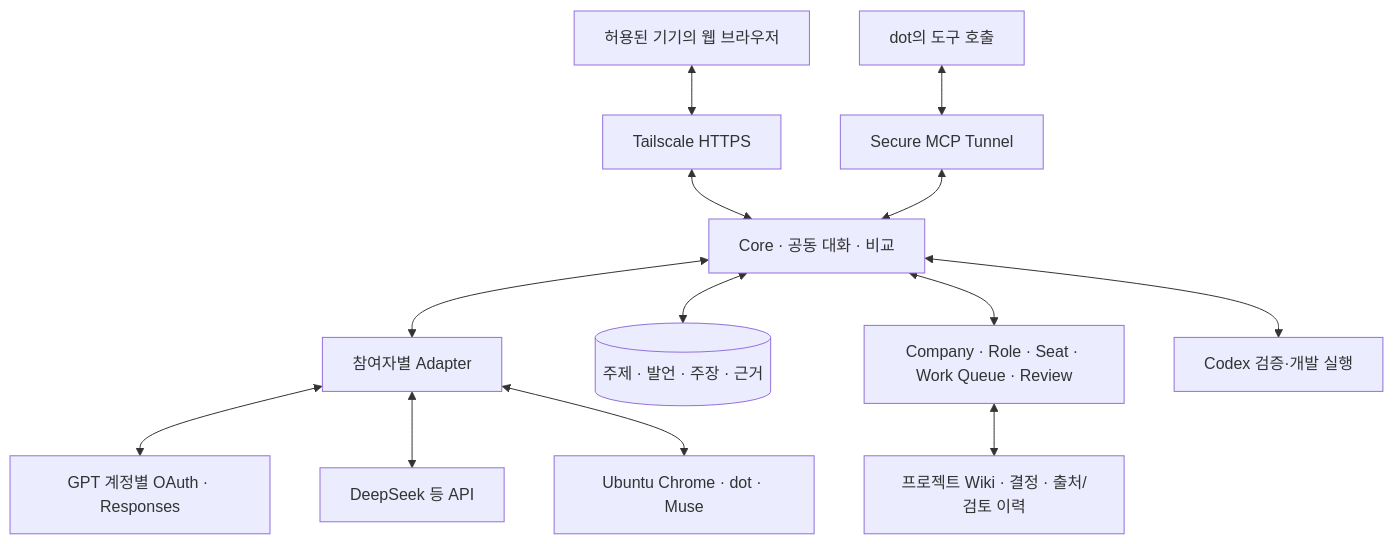
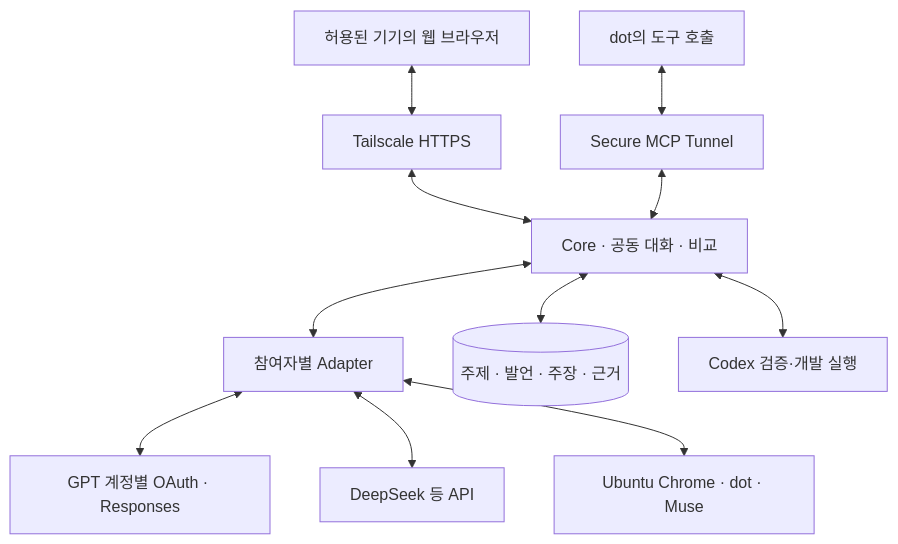
Before and after one commit to firewine/webgpt: the diagram in docs/development-plan.md, drawn with Mermaid. The commit also changed other lines of this file and 10 other files, not shown here.

````diff
--- a/docs/development-plan.md
+++ b/docs/development-plan.md
@@ -167,15 +149,13 @@
 ```mermaid
 flowchart TD
     Client["허용된 기기의 웹 브라우저"] <--> Serve["Tailscale HTTPS"]
     Serve <--> Core["Core · 공동 대화 · 비교"]
     Core <--> Adapter["참여자별 Adapter"]
     Adapter <--> OAuth["GPT 계정별 OAuth · Responses"]
     Adapter <--> API["DeepSeek 등 API"]
     Adapter <--> Browser["Ubuntu Chrome · dot · Muse"]
     Core <--> Store[("주제 · 발언 · 주장 · 근거")]
-    Core <--> Work["Company · Role · Seat · Work Queue · Review"]
-    Work <--> Wiki["프로젝트 Wiki · 결정 · 출처/검토 이력"]
     Core <--> Executor["Codex 검증·개발 실행"]
     DotTool["dot의 도구 호출"] <--> Tunnel["Secure MCP Tunnel"]
     Tunnel <--> Core
 ```
````
